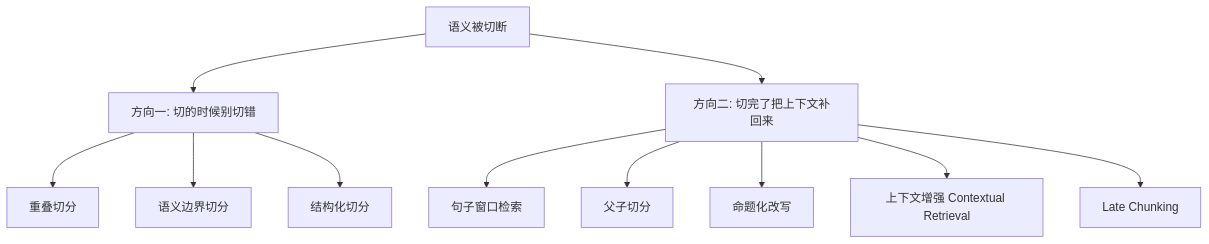
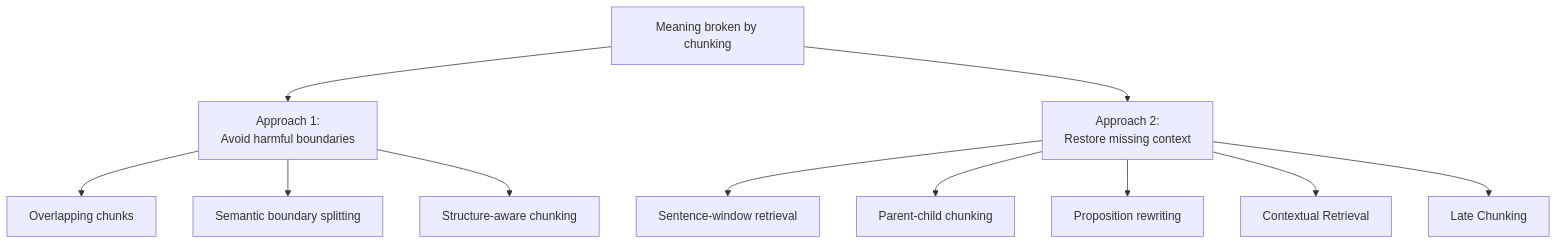
Before and after one commit to oneleaveknowsthefall/awesome-ai-roadmap: the first of 4 diagrams in docs/rag/02-ingestion-indexing/05-semantic-truncation.md, drawn with Mermaid. The commit also changed other lines of this file and 60 other files, not shown here.

````diff
--- a/docs/rag/02-ingestion-indexing/05-semantic-truncation.md
+++ b/docs/rag/02-ingestion-indexing/05-semantic-truncation.md
@@ -13,15 +13,15 @@
 ```mermaid
 flowchart TB
-    P[语义被切断] --> D1[方向一: 切的时候别切错]
-    P --> D2[方向二: 切完了把上下文补回来]
+    P[Meaning broken by chunking] --> D1[Approach 1:<br/>Avoid harmful boundaries]
+    P --> D2[Approach 2:<br/>Restore missing context]
 
-    D1 --> M1[重叠切分]
-    D1 --> M2[语义边界切分]
-    D1 --> M3[结构化切分]
+    D1 --> M1[Overlapping chunks]
+    D1 --> M2[Semantic boundary splitting]
+    D1 --> M3[Structure-aware chunking]
 
-    D2 --> M4[句子窗口检索]
-    D2 --> M5[父子切分]
-    D2 --> M6[命题化改写]
-    D2 --> M7[上下文增强 Contextual Retrieval]
+    D2 --> M4[Sentence-window retrieval]
+    D2 --> M5[Parent-child chunking]
+    D2 --> M6[Proposition rewriting]
+    D2 --> M7[Contextual Retrieval]
     D2 --> M8[Late Chunking]
 ```
````
